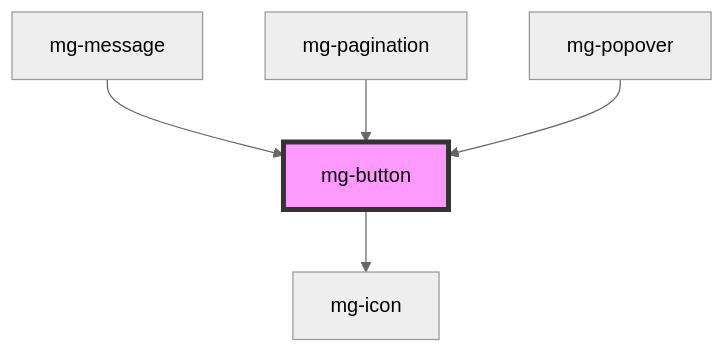
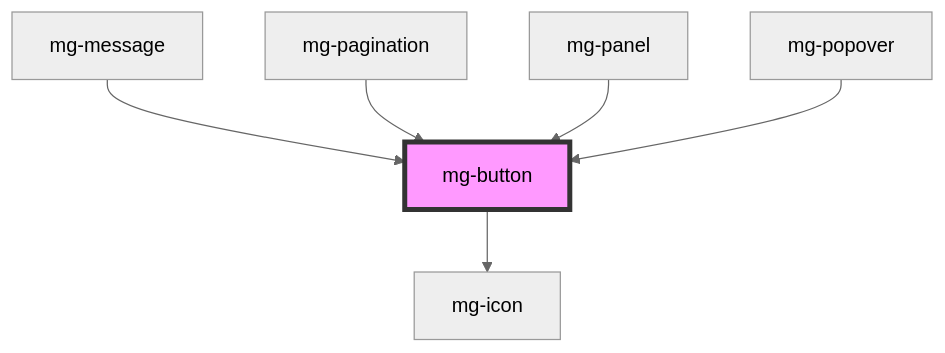
Before and after one commit to MGDIS/mg-components: the diagram in src/components/atoms/mg-button/readme.md, drawn with Mermaid (neutral theme). The commit also changed other lines of this file and 37 other files, not shown here.

````diff
--- a/src/components/atoms/mg-button/readme.md
+++ b/src/components/atoms/mg-button/readme.md
@@ -31,8 +32,9 @@
 ```mermaid
 graph TD;
   mg-button --> mg-icon
   mg-message --> mg-button
   mg-pagination --> mg-button
+  mg-panel --> mg-button
   mg-popover --> mg-button
   style mg-button fill:#f9f,stroke:#333,stroke-width:4px
 ```
````
